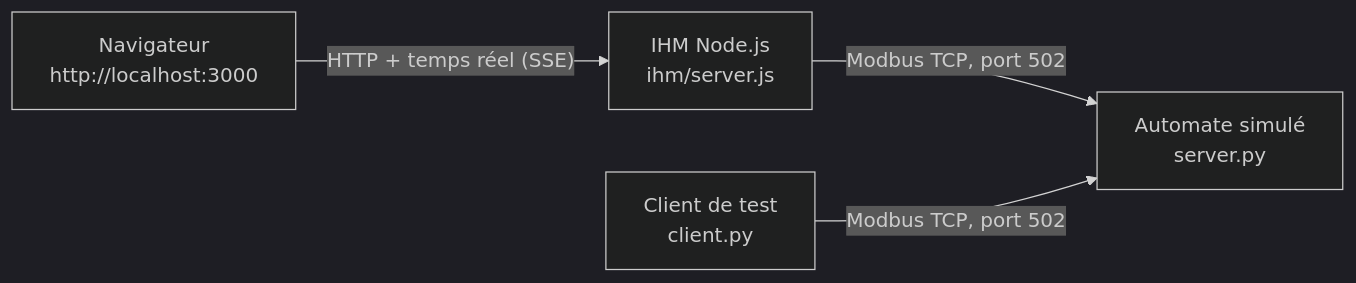
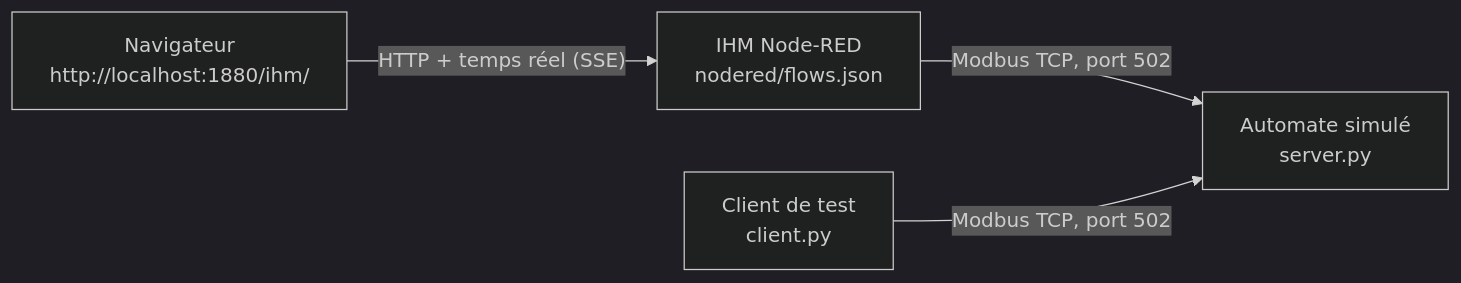
Before and after one commit to chloeturcan1/ventilation-modbus: the diagram in README.md, drawn with Mermaid (dark theme). The commit also changed other lines of this file and 24 other files, not shown here.

First line of the commit message:
Supprime l'ancienne IHM Node.js : l'IHM est servie par Node-RED seul

````diff
--- a/README.md
+++ b/README.md
@@ -13,6 +13,6 @@
 ```mermaid
 flowchart LR
-    N["Navigateur<br/>http://localhost:3000"] -- "HTTP + temps réel (SSE)" --> I["IHM Node.js<br/>ihm/server.js"]
+    N["Navigateur<br/>http://localhost:1880/ihm/"] -- "HTTP + temps réel (SSE)" --> I["IHM Node-RED<br/>nodered/flows.json"]
     I -- "Modbus TCP, port 502" --> A["Automate simulé<br/>server.py"]
     C["Client de test<br/>client.py"] -- "Modbus TCP, port 502" --> A
 ```
````
